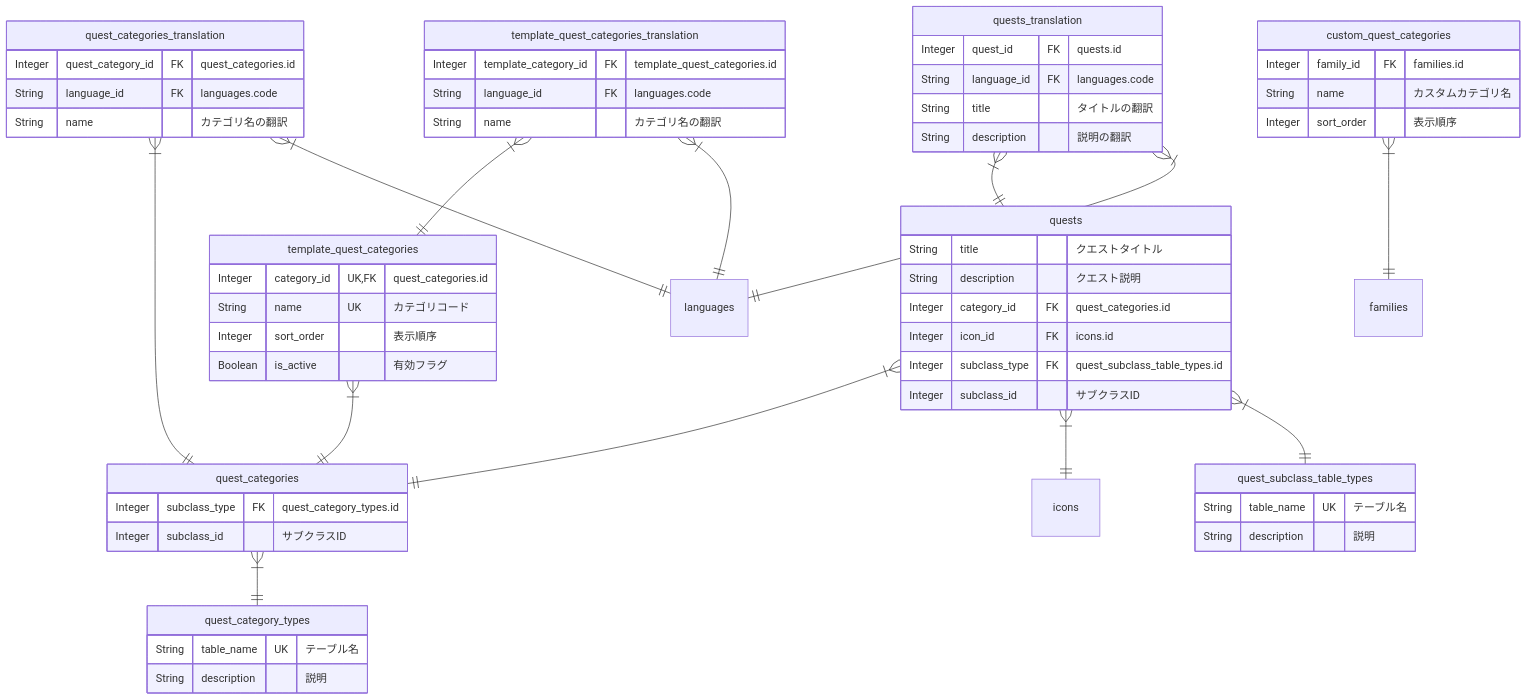
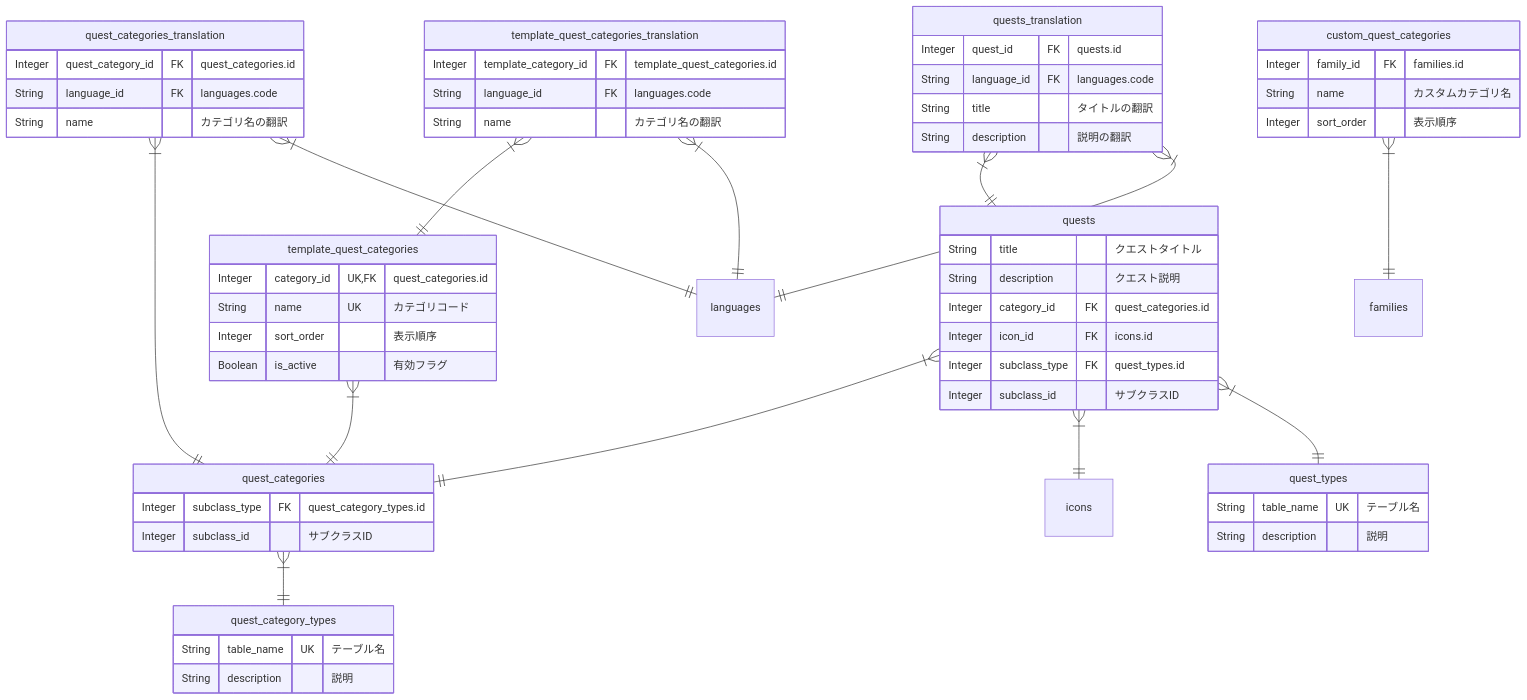
Diagram 11 of 17 in apps/api/docs/ja/uml/erd.md (shuhei1101/allowance-questboard), drawn with Mermaid before and after one commit. The commit also changed 5 other files, not shown here.

````diff
--- a/apps/api/docs/ja/uml/erd.md
+++ b/apps/api/docs/ja/uml/erd.md
@@ -377,73 +377,73 @@
 ```mermaid
 %% quest/definition
 erDiagram
     quests {
         String title "クエストタイトル"
         String description "クエスト説明"
         Integer category_id FK "quest_categories.id"
         Integer icon_id FK "icons.id"
-        Integer subclass_type FK "quest_subclass_table_types.id"
+        Integer subclass_type FK "quest_types.id"
         Integer subclass_id "サブクラスID"
     }
 
     quests_translation {
         Integer quest_id FK "quests.id"
         String language_id FK "languages.code"
         String title "タイトルの翻訳"
         String description "説明の翻訳"
     }
 
     quest_categories {
         Integer subclass_type FK "quest_category_types.id"
         Integer subclass_id "サブクラスID"
     }
 
     quest_categories_translation {
         Integer quest_category_id FK "quest_categories.id"
         String language_id FK "languages.code"
         String name "カテゴリ名の翻訳"
     }
 
     quest_category_types {
         String table_name UK "テーブル名"
         String description "説明"
     }
 
-    quest_subclass_table_types {
+    quest_types {
         String table_name UK "テーブル名"
         String description "説明"
     }
 
     template_quest_categories {
         Integer category_id UK,FK "quest_categories.id"
         String name UK "カテゴリコード"
         Integer sort_order "表示順序"
         Boolean is_active "有効フラグ"
     }
 
     template_quest_categories_translation {
         Integer template_category_id FK "template_quest_categories.id"
         String language_id FK "languages.code"
         String name "カテゴリ名の翻訳"
     }
 
     custom_quest_categories {
         Integer family_id FK "families.id"
         String name "カスタムカテゴリ名"
         Integer sort_order "表示順序"
     }
 
     %% Relationships
     quests }|--|| quest_categories: ""
     quests }|--|| icons: ""
-    quests }|--|| quest_subclass_table_types: ""
+    quests }|--|| quest_types: ""
     quests_translation }|--|| quests: ""
     quests_translation }|--|| languages: ""
     quest_categories }|--|| quest_category_types: ""
     quest_categories_translation }|--|| quest_categories: ""
     quest_categories_translation }|--|| languages: ""
     template_quest_categories }|--|| quest_categories: ""
     template_quest_categories_translation }|--|| template_quest_categories: ""
     template_quest_categories_translation }|--|| languages: ""
     custom_quest_categories }|--|| families: ""
 ```
````
